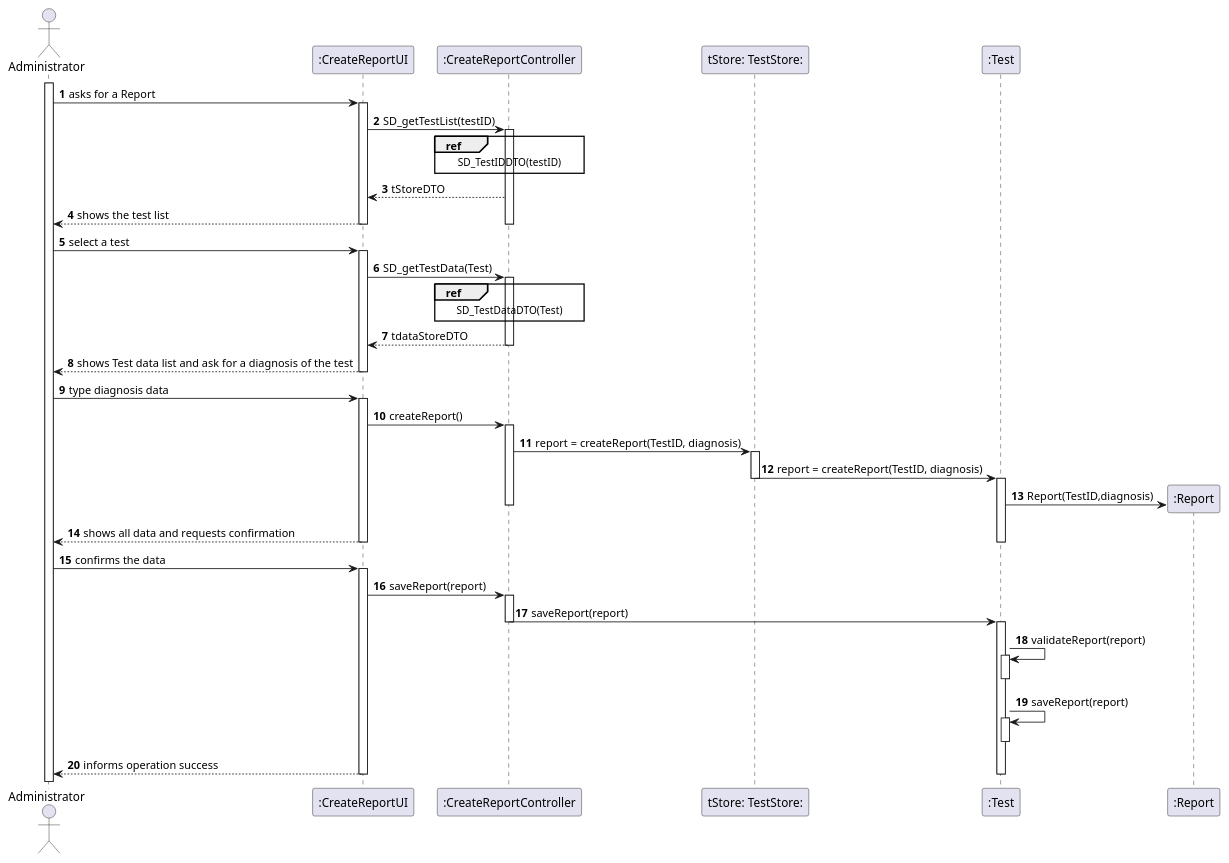
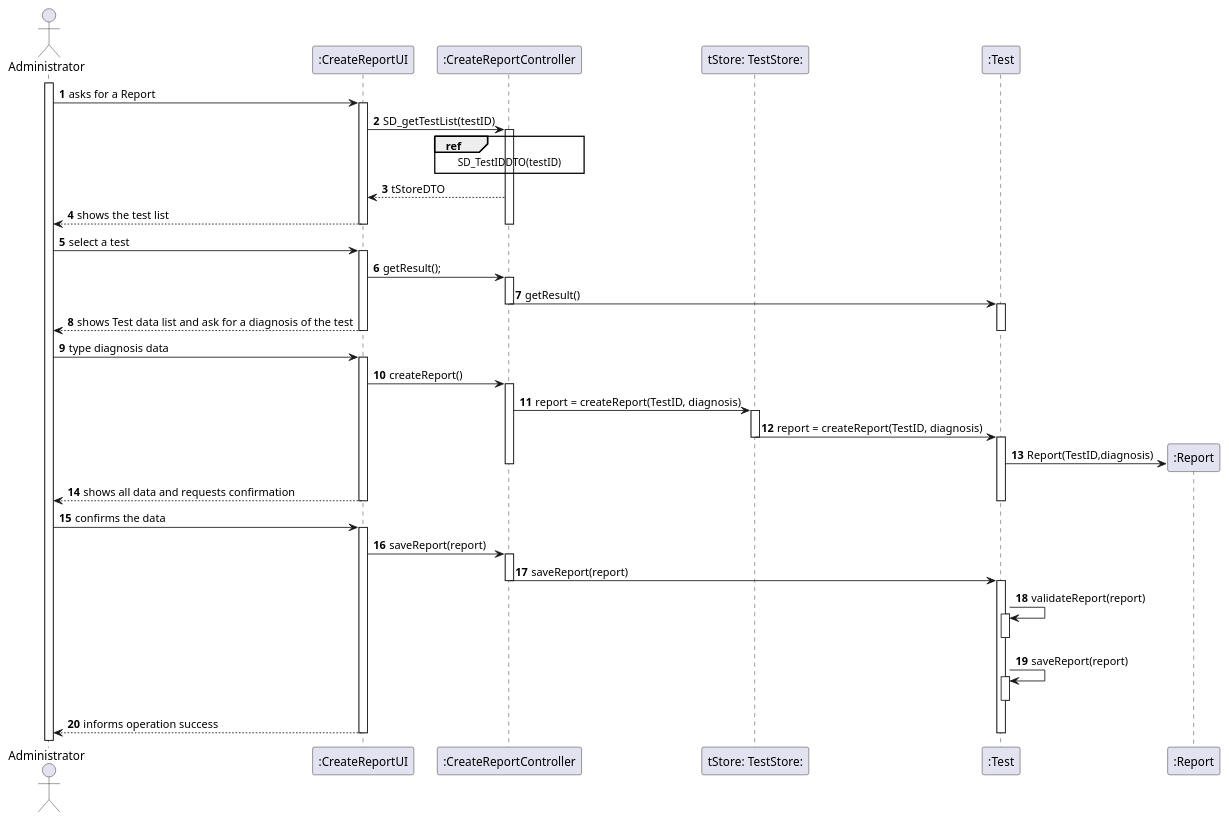
Before and after one commit to MarianaCLages/LAPR2: the diagram in docs/SprintC/US14/US14_SD.puml, drawn with PlantUML. The commit also changed 8 other files, not shown here.

```diff
--- a/docs/SprintC/US14/US14_SD.puml
+++ b/docs/SprintC/US14/US14_SD.puml
@@ -1,116 +1,119 @@
 @startuml
 autonumber
 
 actor "Administrator" as Administrator
 
 participant ":CreateReportUI" as UI
 participant ":CreateReportController" as CTRL
 participant "tStore: TestStore:" as TESTSTORE
 participant ":Test" as TEST
 participant ":Report" as REPORT
 
 
 activate Administrator
 Administrator -> UI: asks for a Report
 activate UI
 
 UI -> CTRL : SD_getTestList(testID)
 ref over CTRL: SD_TestIDDTO(testID)
 activate CTRL
 
 CTRL --> UI: tStoreDTO
 
 
 
 
 
 
 
 
 
 UI --> Administrator :shows the test list
 deactivate UI
 deactivate CTRL
 
 Administrator -> UI : select a test
 activate UI
 
-UI -> CTRL : SD_getTestData(Test)
-ref over CTRL: SD_TestDataDTO(Test)
+UI -> CTRL : getResult();
+
+
+
 activate CTRL
 
-CTRL --> UI: tdataStoreDTO
+CTRL -> TEST : getResult()
 
 deactivate CTRL
-deactivate TESTSTORE
 
+
+activate TEST
 
 
 UI --> Administrator : shows Test data list and ask for a diagnosis of the test
 deactivate UI
 
 
-
+deactivate TEST
 
 
 Administrator -> UI : type diagnosis data
 activate UI
 
 
 
 
 UI-> CTRL : createReport()
 activate CTRL
 
 
 
 
 CTRL -> TESTSTORE : report = createReport(TestID, diagnosis)
 activate TESTSTORE
 
 
 TESTSTORE -> TEST : report = createReport(TestID, diagnosis)
 deactivate TESTSTORE
 activate TEST
 TEST -> REPORT ** :  Report(TestID,diagnosis)
 
 
 
 
 
 deactivate CTRL
 
 
 
 UI --> Administrator : shows all data and requests confirmation
 deactivate UI
 deactivate TEST
 
 Administrator -> UI : confirms the data
 activate UI
 
 UI-> CTRL : saveReport(report)
 activate CTRL
 
 CTRL -> TEST : saveReport(report)
 deactivate CTRL
 activate TEST
 TEST -> TEST : validateReport(report)
 activate TEST
 deactivate TEST
 TEST -> TEST : saveReport(report)
 activate TEST
 deactivate TEST
 
 UI --> Administrator : informs operation success
 deactivate UI
 
 deactivate TEST
 
 
 
 
 
 
 
 @enduml
```
